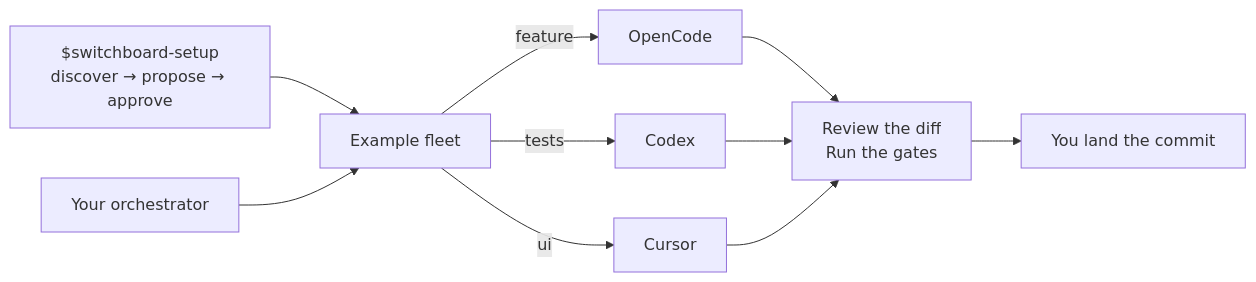
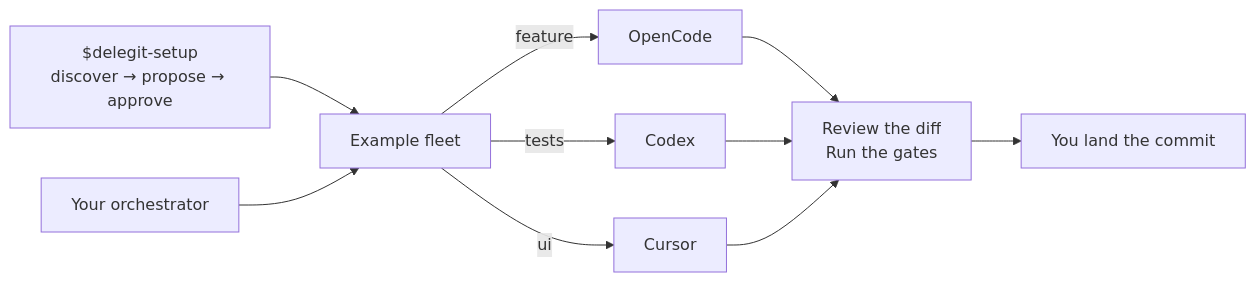
Before and after one commit to 0xBassia/Switchboard: the diagram in README.md, drawn with Mermaid. The commit also changed other lines of this file and 133 other files, not shown here.

````diff
--- a/README.md
+++ b/README.md
@@ -39,12 +39,12 @@
 ```mermaid
 flowchart LR
-  S["$switchboard-setup<br/>discover → propose → approve"] --> F["Example fleet"]
+  S["$delegit-setup<br/>discover → propose → approve"] --> F["Example fleet"]
   O["Your orchestrator"] --> F
   F -->|"feature"| A["OpenCode"]
   F -->|"tests"| B["Codex"]
   F -->|"ui"| C["Cursor"]
   A --> R["Review the diff<br/>Run the gates"]
   B --> R
   C --> R
   R --> L["You land the commit"]
 ```
````
